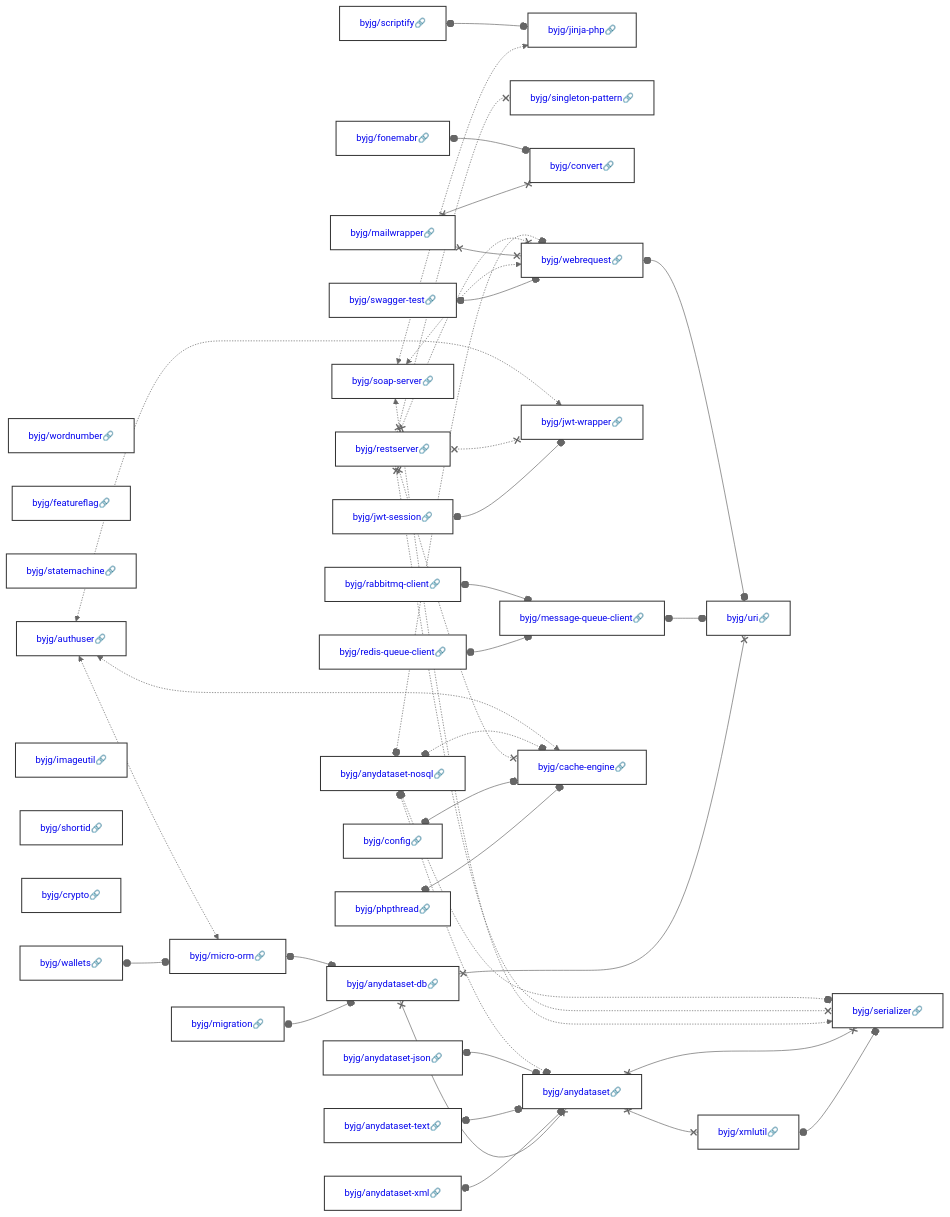
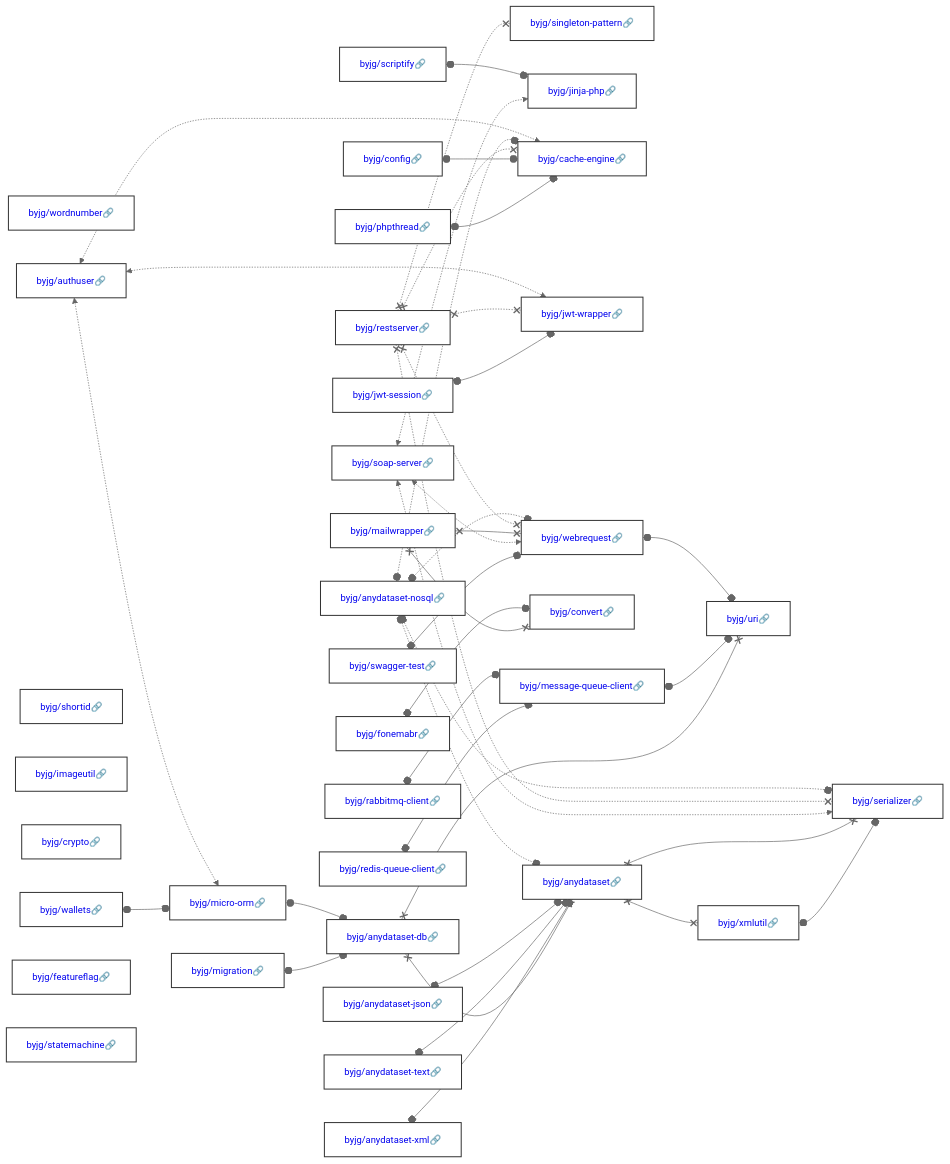
The diagram in docs/php/README.md (byjg/byjg.github.io), drawn with Mermaid (neutral theme) before and after one commit. The commit also changed other lines of this file, not shown here.

Commit message:
Update documentation 'php' 'php-featureflag'

````diff
--- a/docs/php/README.md
+++ b/docs/php/README.md
@@ -3,37 +3,37 @@
 ```mermaid
 graph LR;
+  byjg/scriptify[<a href='https://opensource.byjg.com/docs/php/scriptify' style='text-decoration:none'>byjg/scriptify🔗</a>];
+  byjg/restserver[<a href='https://opensource.byjg.com/docs/php/restserver' style='text-decoration:none'>byjg/restserver🔗</a>];
+  byjg/anydataset-json[<a href='https://opensource.byjg.com/docs/php/anydataset-json' style='text-decoration:none'>byjg/anydataset-json🔗</a>];
+  byjg/rabbitmq-client[<a href='https://opensource.byjg.com/docs/php/rabbitmq-client' style='text-decoration:none'>byjg/rabbitmq-client🔗</a>];
+  byjg/anydataset-text[<a href='https://opensource.byjg.com/docs/php/anydataset-text' style='text-decoration:none'>byjg/anydataset-text🔗</a>];
+  byjg/phpthread[<a href='https://opensource.byjg.com/docs/php/phpthread' style='text-decoration:none'>byjg/phpthread🔗</a>];
+  byjg/anydataset-xml[<a href='https://opensource.byjg.com/docs/php/anydataset-xml' style='text-decoration:none'>byjg/anydataset-xml🔗</a>];
+  byjg/wordnumber[<a href='https://opensource.byjg.com/docs/php/wordnumber' style='text-decoration:none'>byjg/wordnumber🔗</a>];
+  byjg/config[<a href='https://opensource.byjg.com/docs/php/config' style='text-decoration:none'>byjg/config🔗</a>];
+  byjg/swagger-test[<a href='https://opensource.byjg.com/docs/php/swagger-test' style='text-decoration:none'>byjg/swagger-test🔗</a>];
+  byjg/wallets[<a href='https://opensource.byjg.com/docs/php/wallets' style='text-decoration:none'>byjg/wallets🔗</a>];
+  byjg/shortid[<a href='https://opensource.byjg.com/docs/php/shortid' style='text-decoration:none'>byjg/shortid🔗</a>];
+  byjg/imageutil[<a href='https://opensource.byjg.com/docs/php/imageutil' style='text-decoration:none'>byjg/imageutil🔗</a>];
   byjg/soap-server[<a href='https://opensource.byjg.com/docs/php/soap-server' style='text-decoration:none'>byjg/soap-server🔗</a>];
-  byjg/scriptify[<a href='https://opensource.byjg.com/docs/php/scriptify' style='text-decoration:none'>byjg/scriptify🔗</a>];
+  byjg/anydataset-nosql[<a href='https://opensource.byjg.com/docs/php/anydataset-nosql' style='text-decoration:none'>byjg/anydataset-nosql🔗</a>];
+  byjg/crypto[<a href='https://opensource.byjg.com/docs/php/crypto' style='text-decoration:none'>byjg/crypto🔗</a>];
+  byjg/fonemabr[<a href='https://opensource.byjg.com/docs/php/fonemabr' style='text-decoration:none'>byjg/fonemabr🔗</a>];
+  byjg/migration[<a href='https://opensource.byjg.com/docs/php/migration' style='text-decoration:none'>byjg/migration🔗</a>];
+  byjg/authuser[<a href='https://opensource.byjg.com/docs/php/authuser' style='text-decoration:none'>byjg/authuser🔗</a>];
+  byjg/jwt-session[<a href='https://opensource.byjg.com/docs/php/jwt-session' style='text-decoration:none'>byjg/jwt-session🔗</a>];
+  byjg/featureflag[<a href='https://opensource.byjg.com/docs/php/featureflag' style='text-decoration:none'>byjg/featureflag🔗</a>];
+  byjg/statemachine[<a href='https://opensource.byjg.com/docs/php/statemachine' style='text-decoration:none'>byjg/statemachine🔗</a>];
   byjg/redis-queue-client[<a href='https://opensource.byjg.com/docs/php/redis-queue-client' style='text-decoration:none'>byjg/redis-queue-client🔗</a>];
-  byjg/restserver[<a href='https://opensource.byjg.com/docs/php/restserver' style='text-decoration:none'>byjg/restserver🔗</a>];
-  byjg/anydataset-nosql[<a href='https://opensource.byjg.com/docs/php/anydataset-nosql' style='text-decoration:none'>byjg/anydataset-nosql🔗</a>];
-  byjg/anydataset-text[<a href='https://opensource.byjg.com/docs/php/anydataset-text' style='text-decoration:none'>byjg/anydataset-text🔗</a>];
-  byjg/swagger-test[<a href='https://opensource.byjg.com/docs/php/swagger-test' style='text-decoration:none'>byjg/swagger-test🔗</a>];
-  byjg/config[<a href='https://opensource.byjg.com/docs/php/config' style='text-decoration:none'>byjg/config🔗</a>];
-  byjg/fonemabr[<a href='https://opensource.byjg.com/docs/php/fonemabr' style='text-decoration:none'>byjg/fonemabr🔗</a>];
-  byjg/wordnumber[<a href='https://opensource.byjg.com/docs/php/wordnumber' style='text-decoration:none'>byjg/wordnumber🔗</a>];
-  byjg/featureflag[<a href='https://opensource.byjg.com/docs/php/featureflag' style='text-decoration:none'>byjg/featureflag🔗</a>];
-  byjg/migration[<a href='https://opensource.byjg.com/docs/php/migration' style='text-decoration:none'>byjg/migration🔗</a>];
-  byjg/statemachine[<a href='https://opensource.byjg.com/docs/php/statemachine' style='text-decoration:none'>byjg/statemachine🔗</a>];
   byjg/mailwrapper[<a href='https://opensource.byjg.com/docs/php/mailwrapper' style='text-decoration:none'>byjg/mailwrapper🔗</a>];
-  byjg/jwt-session[<a href='https://opensource.byjg.com/docs/php/jwt-session' style='text-decoration:none'>byjg/jwt-session🔗</a>];
-  byjg/authuser[<a href='https://opensource.byjg.com/docs/php/authuser' style='text-decoration:none'>byjg/authuser🔗</a>];
-  byjg/imageutil[<a href='https://opensource.byjg.com/docs/php/imageutil' style='text-decoration:none'>byjg/imageutil🔗</a>];
-  byjg/anydataset-xml[<a href='https://opensource.byjg.com/docs/php/anydataset-xml' style='text-decoration:none'>byjg/anydataset-xml🔗</a>];
-  byjg/shortid[<a href='https://opensource.byjg.com/docs/php/shortid' style='text-decoration:none'>byjg/shortid🔗</a>];
-  byjg/crypto[<a href='https://opensource.byjg.com/docs/php/crypto' style='text-decoration:none'>byjg/crypto🔗</a>];
-  byjg/rabbitmq-client[<a href='https://opensource.byjg.com/docs/php/rabbitmq-client' style='text-decoration:none'>byjg/rabbitmq-client🔗</a>];
-  byjg/anydataset-json[<a href='https://opensource.byjg.com/docs/php/anydataset-json' style='text-decoration:none'>byjg/anydataset-json🔗</a>];
-  byjg/phpthread[<a href='https://opensource.byjg.com/docs/php/phpthread' style='text-decoration:none'>byjg/phpthread🔗</a>];
-  byjg/wallets[<a href='https://opensource.byjg.com/docs/php/wallets' style='text-decoration:none'>byjg/wallets🔗</a>];
+  byjg/singleton-pattern[<a href='https://opensource.byjg.com/docs/php/singleton-pattern' style='text-decoration:none'>byjg/singleton-pattern🔗</a>];
   byjg/jinja-php[<a href='https://opensource.byjg.com/docs/php/jinja-php' style='text-decoration:none'>byjg/jinja-php🔗</a>];
-  byjg/singleton-pattern[<a href='https://opensource.byjg.com/docs/php/singleton-pattern' style='text-decoration:none'>byjg/singleton-pattern🔗</a>];
+  byjg/micro-orm[<a href='https://opensource.byjg.com/docs/php/micro-orm' style='text-decoration:none'>byjg/micro-orm🔗</a>];
+  byjg/cache-engine[<a href='https://opensource.byjg.com/docs/php/cache-engine' style='text-decoration:none'>byjg/cache-engine🔗</a>];
+  byjg/jwt-wrapper[<a href='https://opensource.byjg.com/docs/php/jwt-wrapper' style='text-decoration:none'>byjg/jwt-wrapper🔗</a>];
+  byjg/message-queue-client[<a href='https://opensource.byjg.com/docs/php/message-queue-client' style='text-decoration:none'>byjg/message-queue-client🔗</a>];
   byjg/convert[<a href='https://opensource.byjg.com/docs/php/convert' style='text-decoration:none'>byjg/convert🔗</a>];
   byjg/webrequest[<a href='https://opensource.byjg.com/docs/php/webrequest' style='text-decoration:none'>byjg/webrequest🔗</a>];
-  byjg/jwt-wrapper[<a href='https://opensource.byjg.com/docs/php/jwt-wrapper' style='text-decoration:none'>byjg/jwt-wrapper🔗</a>];
-  byjg/message-queue-client[<a href='https://opensource.byjg.com/docs/php/message-queue-client' style='text-decoration:none'>byjg/message-queue-client🔗</a>];
-  byjg/cache-engine[<a href='https://opensource.byjg.com/docs/php/cache-engine' style='text-decoration:none'>byjg/cache-engine🔗</a>];
-  byjg/micro-orm[<a href='https://opensource.byjg.com/docs/php/micro-orm' style='text-decoration:none'>byjg/micro-orm🔗</a>];
   byjg/anydataset-db[<a href='https://opensource.byjg.com/docs/php/anydataset-db' style='text-decoration:none'>byjg/anydataset-db🔗</a>];
   byjg/anydataset[<a href='https://opensource.byjg.com/docs/php/anydataset' style='text-decoration:none'>byjg/anydataset🔗</a>];
   byjg/uri[<a href='https://opensource.byjg.com/docs/php/uri' style='text-decoration:none'>byjg/uri🔗</a>];
````
